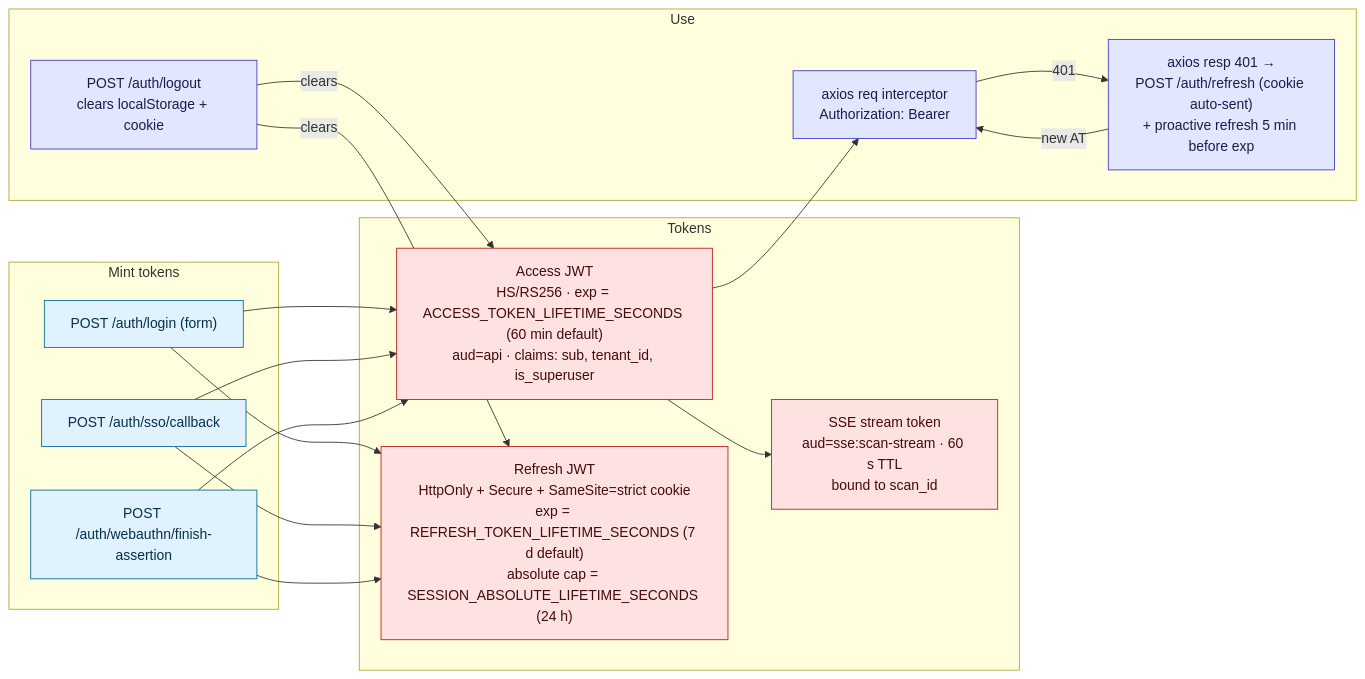
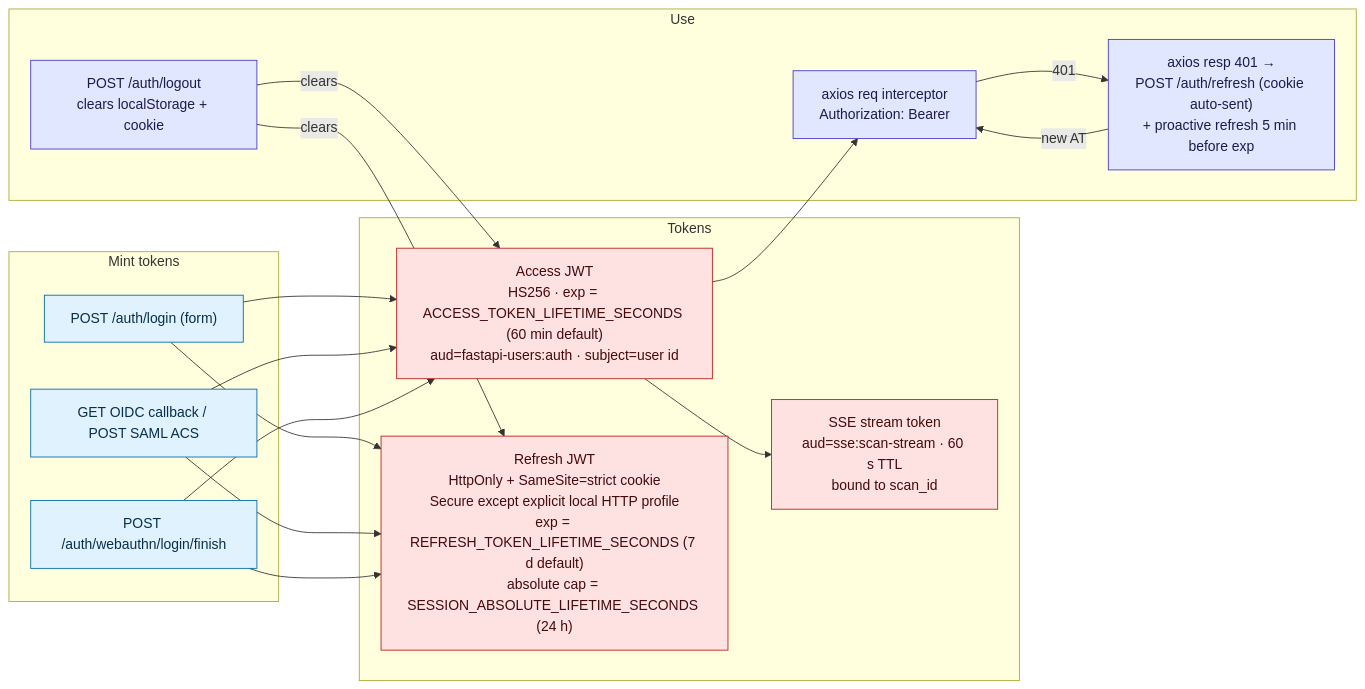
Before and after one commit to nerdy-krishna/ai-secure-coding-compliance-platform: the third of 5 diagrams in docs/docs/architecture/diagrams/08-auth-tenancy-sso.md, drawn with Mermaid. The commit also changed other lines of this file and 405 other files, not shown here.

````diff
--- a/docs/docs/architecture/diagrams/08-auth-tenancy-sso.md
+++ b/docs/docs/architecture/diagrams/08-auth-tenancy-sso.md
@@ -96,32 +96,32 @@
 ```mermaid
 flowchart LR
     subgraph Mint["Mint tokens"]
       A1["POST /auth/login (form)"]:::edge
-      A2["POST /auth/sso/callback"]:::edge
-      A3["POST /auth/webauthn/finish-assertion"]:::edge
+      A2["GET OIDC callback / POST SAML ACS"]:::edge
+      A3["POST /auth/webauthn/login/finish"]:::edge
     end
 
     subgraph Tokens
-      AT["Access JWT<br/>HS/RS256 · exp = ACCESS_TOKEN_LIFETIME_SECONDS (60 min default)<br/>aud=api · claims: sub, tenant_id, is_superuser"]:::secret
-      RT["Refresh JWT<br/>HttpOnly + Secure + SameSite=strict cookie<br/>exp = REFRESH_TOKEN_LIFETIME_SECONDS (7 d default)<br/>absolute cap = SESSION_ABSOLUTE_LIFETIME_SECONDS (24 h)"]:::secret
+      AT["Access JWT<br/>HS256 · exp = ACCESS_TOKEN_LIFETIME_SECONDS (60 min default)<br/>aud=fastapi-users:auth · subject=user id"]:::secret
+      RT["Refresh JWT<br/>HttpOnly + SameSite=strict cookie<br/>Secure except explicit local HTTP profile<br/>exp = REFRESH_TOKEN_LIFETIME_SECONDS (7 d default)<br/>absolute cap = SESSION_ABSOLUTE_LIFETIME_SECONDS (24 h)"]:::secret
       SSE["SSE stream token<br/>aud=sse:scan-stream · 60 s TTL<br/>bound to scan_id"]:::secret
     end
 
     subgraph Use
       Axios["axios req interceptor<br/>Authorization: Bearer <AT>"]:::app
       Refresh["axios resp 401 →<br/>POST /auth/refresh (cookie auto-sent)<br/>+ proactive refresh 5 min before exp"]:::app
       Logout["POST /auth/logout<br/>clears localStorage + cookie"]:::app
     end
 
     A1 & A2 & A3 --> AT
     A1 & A2 & A3 --> RT
     AT --> Axios
     Axios -- "401" --> Refresh -- "new AT" --> Axios
     AT --> SSE
     Logout -- "clears" --> AT
     Logout -- "clears" --> RT
 
     classDef edge fill:#e0f2fe,stroke:#0369a1,color:#082f49;
     classDef app  fill:#e0e7ff,stroke:#4338ca,color:#1e1b4b;
     classDef secret fill:#fee2e2,stroke:#b91c1c,color:#450a0a;
 ```
````
